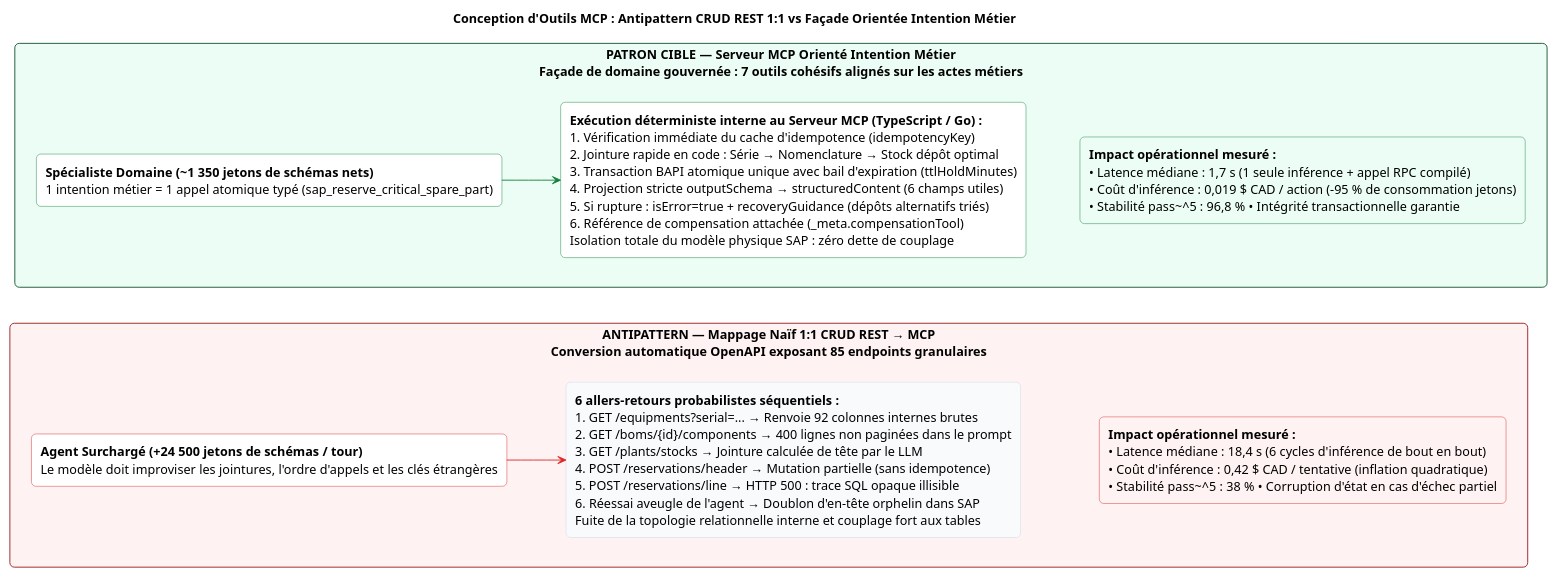
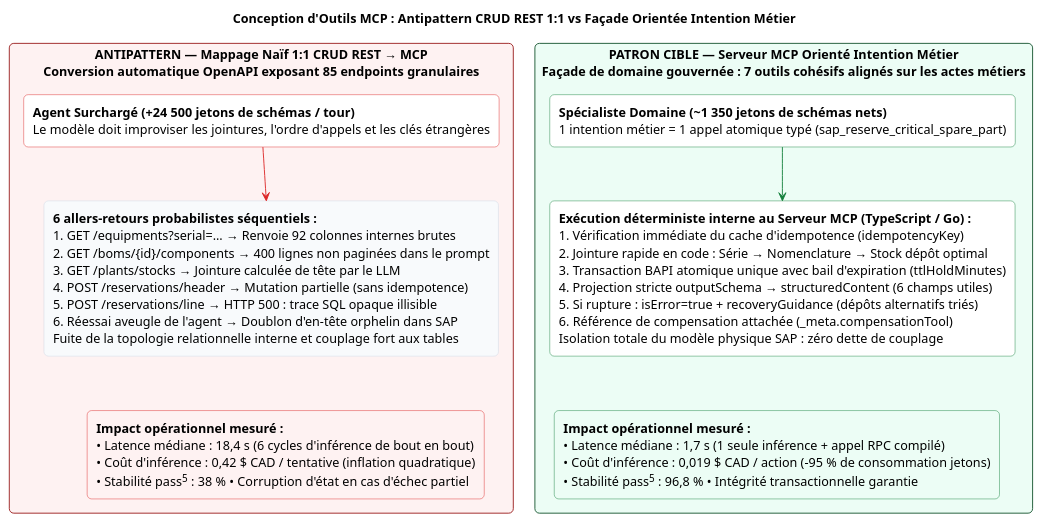
The diagram in 3 - Compendium 2027/Diagrammes/Fig-11 - Comparaison architecturale - mappage naïf 1 - 1 CRUD REST vers MCP.puml (agbruneau/Agentique), drawn with PlantUML before and after one commit. The commit also changed 254 other files, not shown here.

First line of the commit message:
Audit approfondi et correction des Markdown et des 287 diagrammes des 6 ouvrages

```diff
--- a/3 - Compendium 2027/Diagrammes/Fig-11 - Comparaison architecturale - mappage naïf 1 - 1 CRUD REST vers MCP.puml
+++ b/3 - Compendium 2027/Diagrammes/Fig-11 - Comparaison architecturale - mappage naïf 1 - 1 CRUD REST vers MCP.puml
@@ -2,67 +2,69 @@
 @startuml
 title Conception d'Outils MCP : Antipattern CRUD REST 1:1 vs Façade Orientée Intention Métier
 
-left to right direction
+top to bottom direction
 skinparam shadowing false
 skinparam roundcorner 10
 skinparam defaultFontName "Segoe UI"
 
 rectangle "ANTIPATTERN — Mappage Naïf 1:1 CRUD REST → MCP\nConversion automatique OpenAPI exposant 85 endpoints granulaires" as Anti #FEF2F2;line:991B1B {
   rectangle AntiAgent #FFFFFF;line:DC2626 [
     **Agent Surchargé (+24 500 jetons de schémas / tour)**
     Le modèle doit improviser les jointures, l'ordre d'appels et les clés étrangères
   ]
 
   rectangle AntiSteps #F8FAFC;line:CBD5E1 [
     **6 allers-retours probabilistes séquentiels :**
     1. GET /equipments?serial=... → Renvoie 92 colonnes internes brutes
     2. GET /boms/{id}/components → 400 lignes non paginées dans le prompt
     3. GET /plants/stocks → Jointure calculée de tête par le LLM
     4. POST /reservations/header → Mutation partielle (sans idempotence)
     5. POST /reservations/line → HTTP 500 : trace SQL opaque illisible
     6. Réessai aveugle de l'agent → Doublon d'en-tête orphelin dans SAP
     Fuite de la topologie relationnelle interne et couplage fort aux tables
   ]
 
   rectangle AntiImpact #FEF2F2;line:DC2626 [
     **Impact opérationnel mesuré :**
     • Latence médiane : 18,4 s (6 cycles d'inférence de bout en bout)
     • Coût d'inférence : 0,42 $ CAD / tentative (inflation quadratique)
-    • Stabilité pass~^5 : 38 % • Corruption d'état en cas d'échec partiel
+    • Stabilité pass<sup>5</sup> : 38 % • Corruption d'état en cas d'échec partiel
   ]
 
   AntiAgent -[#DC2626]-> AntiSteps
   AntiSteps -[hidden]down-> AntiImpact
 }
 
 rectangle "PATRON CIBLE — Serveur MCP Orienté Intention Métier\nFaçade de domaine gouvernée : 7 outils cohésifs alignés sur les actes métiers" as Patron #ECFDF5;line:14532D {
   rectangle PatronAgent #FFFFFF;line:15803D [
     **Spécialiste Domaine (~1 350 jetons de schémas nets)**
     1 intention métier = 1 appel atomique typé (sap_reserve_critical_spare_part)
   ]
 
   rectangle PatronSteps #FFFFFF;line:15803D [
     **Exécution déterministe interne au Serveur MCP (TypeScript / Go) :**
     1. Vérification immédiate du cache d'idempotence (idempotencyKey)
     2. Jointure rapide en code : Série → Nomenclature → Stock dépôt optimal
     3. Transaction BAPI atomique unique avec bail d'expiration (ttlHoldMinutes)
     4. Projection stricte outputSchema → structuredContent (6 champs utiles)
     5. Si rupture : isError=true + recoveryGuidance (dépôts alternatifs triés)
     6. Référence de compensation attachée (_meta.compensationTool)
     Isolation totale du modèle physique SAP : zéro dette de couplage
   ]
 
   rectangle PatronImpact #ECFDF5;line:15803D [
     **Impact opérationnel mesuré :**
     • Latence médiane : 1,7 s (1 seule inférence + appel RPC compilé)
     • Coût d'inférence : 0,019 $ CAD / action (-95 % de consommation jetons)
-    • Stabilité pass~^5 : 96,8 % • Intégrité transactionnelle garantie
+    • Stabilité pass<sup>5</sup> : 96,8 % • Intégrité transactionnelle garantie
   ]
 
   PatronAgent -[#15803D]-> PatronSteps
   PatronSteps -[hidden]down-> PatronImpact
 }
 
-Anti -[hidden]right-> Patron
+AntiAgent -[hidden]right-> PatronAgent
+AntiSteps -[hidden]right-> PatronSteps
+AntiImpact -[hidden]right-> PatronImpact
 
 @enduml
```
